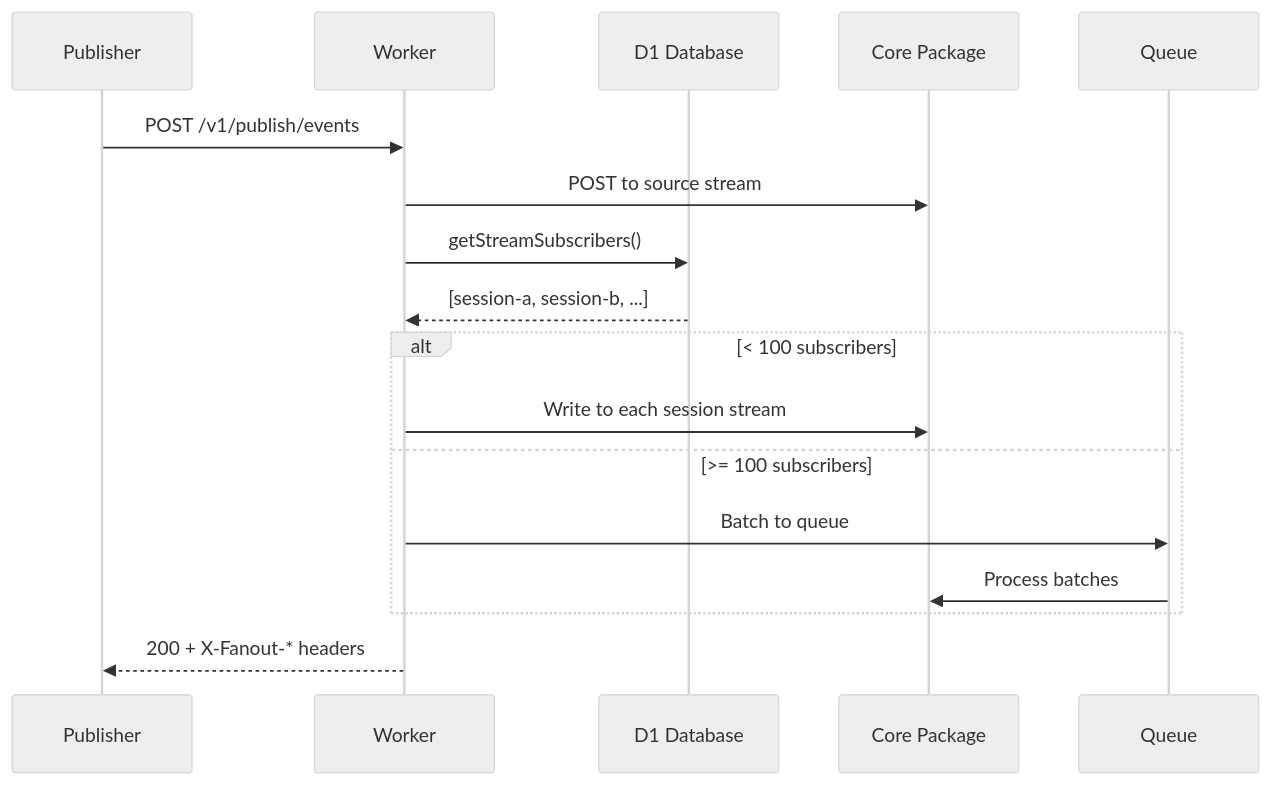
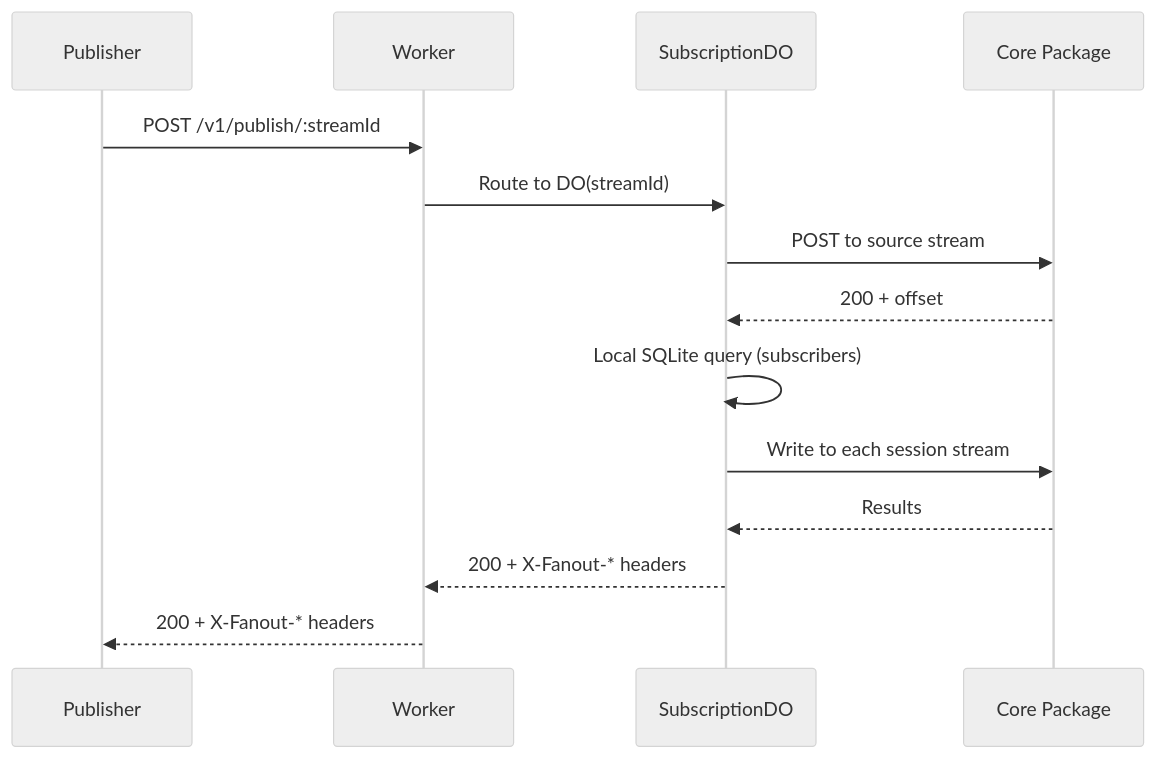
One commit to commoncurriculum/durable-streams-cloudflare changed the third of 3 diagrams in packages/durable-stream-subscriptions/docs/walkthrough.md. Above: the diagram before and after it, drawn with Mermaid (neutral theme). The commit also changed other lines of this file, not shown here.

First line of the commit message:
docs: rewrite subscriptions walkthrough for SubscriptionDO architecture

````diff
--- a/packages/durable-stream-subscriptions/docs/walkthrough.md
+++ b/packages/durable-stream-subscriptions/docs/walkthrough.md
@@ -265,22 +234,17 @@
 ```mermaid
 sequenceDiagram
     participant P as Publisher
     participant W as Worker
-    participant D1 as D1 Database
+    participant DO as SubscriptionDO
     participant Core as Core Package
-    participant Q as Queue
 
-    P->>W: POST /v1/publish/events
-    W->>Core: POST to source stream
-    W->>D1: getStreamSubscribers()
-    D1-->>W: [session-a, session-b, ...]
-
-    alt < 100 subscribers
-        W->>Core: Write to each session stream
-    else >= 100 subscribers
-        W->>Q: Batch to queue
-        Q->>Core: Process batches
-    end
-
+    P->>W: POST /v1/publish/:streamId
+    W->>DO: Route to DO(streamId)
+    DO->>Core: POST to source stream
+    Core-->>DO: 200 + offset
+    DO->>DO: Local SQLite query (subscribers)
+    DO->>Core: Write to each session stream
+    Core-->>DO: Results
+    DO-->>W: 200 + X-Fanout-* headers
     W-->>P: 200 + X-Fanout-* headers
 ```
````
